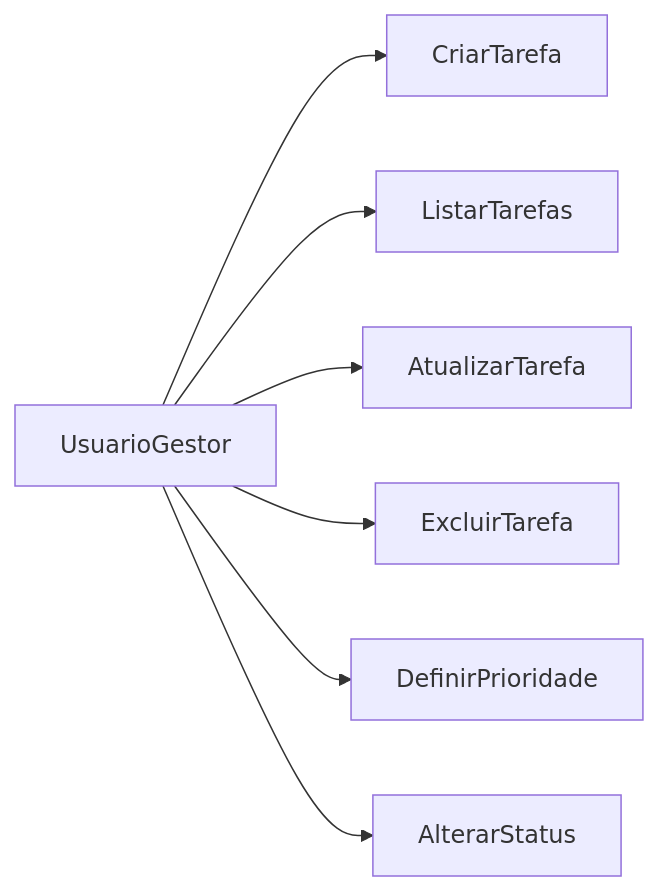
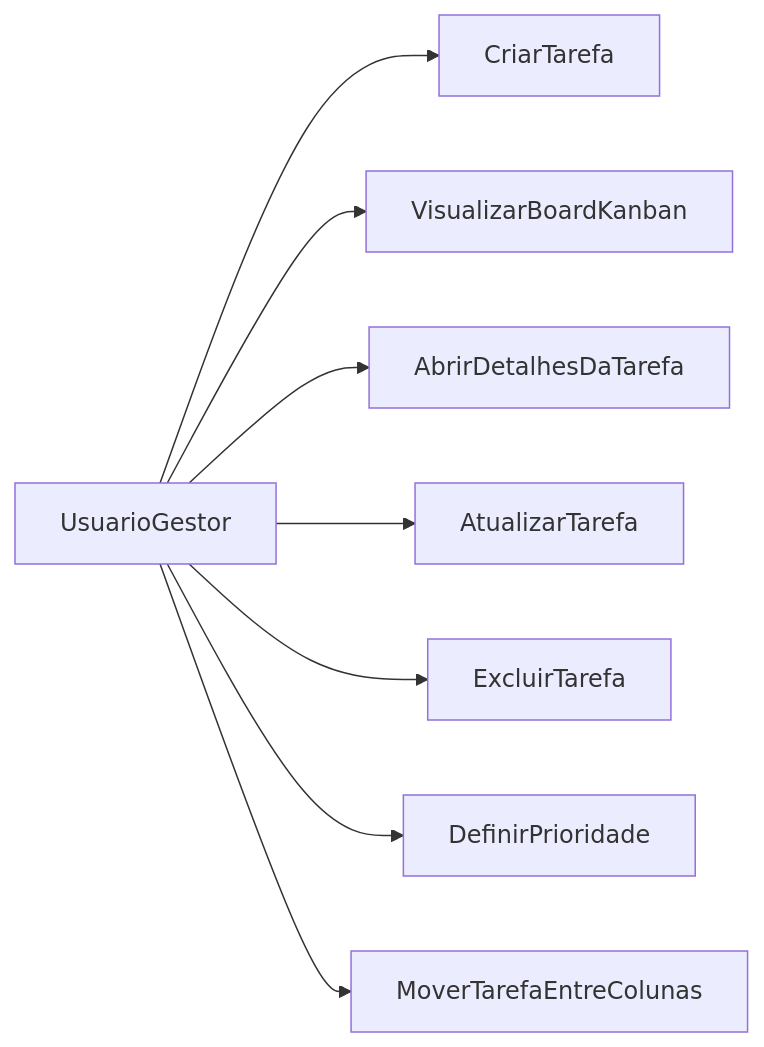
Before and after one commit to DevDaniloOliveira/TrabalhoTechFlow: the first of 2 diagrams in docs/parte-teorica.md, drawn with Mermaid. The commit also changed other lines of this file and 4 other files, not shown here.

````diff
--- a/docs/parte-teorica.md
+++ b/docs/parte-teorica.md
@@ -59,10 +81,11 @@
 ```mermaid
 flowchart LR
   User[UsuarioGestor]
   User --> UC1[CriarTarefa]
-  User --> UC2[ListarTarefas]
-  User --> UC3[AtualizarTarefa]
-  User --> UC4[ExcluirTarefa]
-  User --> UC5[DefinirPrioridade]
-  User --> UC6[AlterarStatus]
+  User --> UC2[VisualizarBoardKanban]
+  User --> UC3[AbrirDetalhesDaTarefa]
+  User --> UC4[AtualizarTarefa]
+  User --> UC5[ExcluirTarefa]
+  User --> UC6[DefinirPrioridade]
+  User --> UC7[MoverTarefaEntreColunas]
 ```
````
